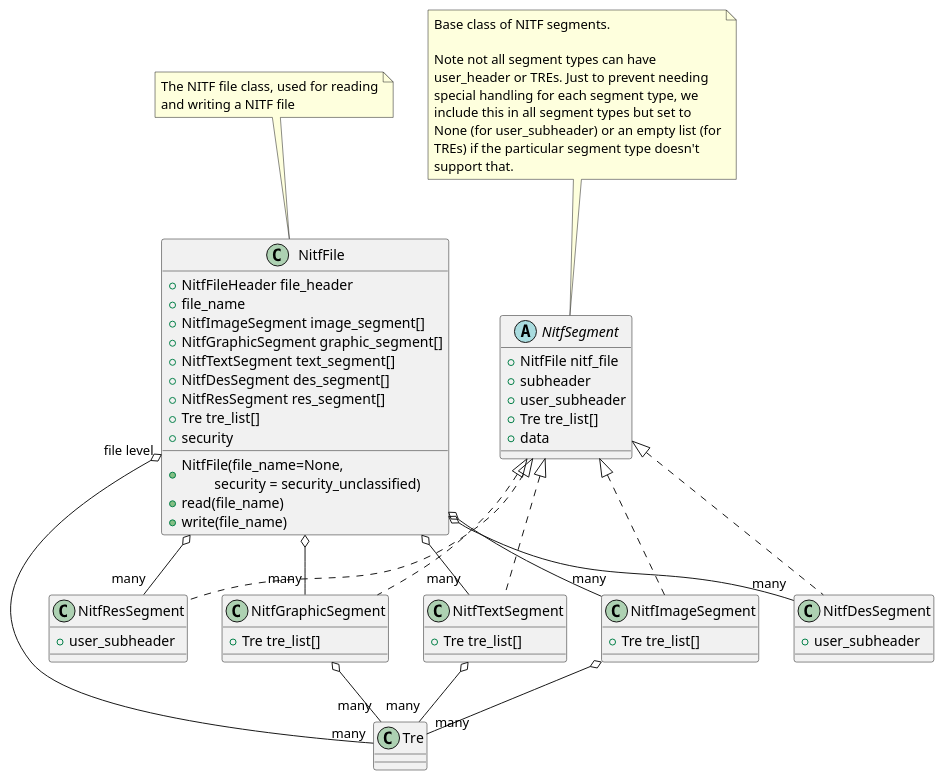
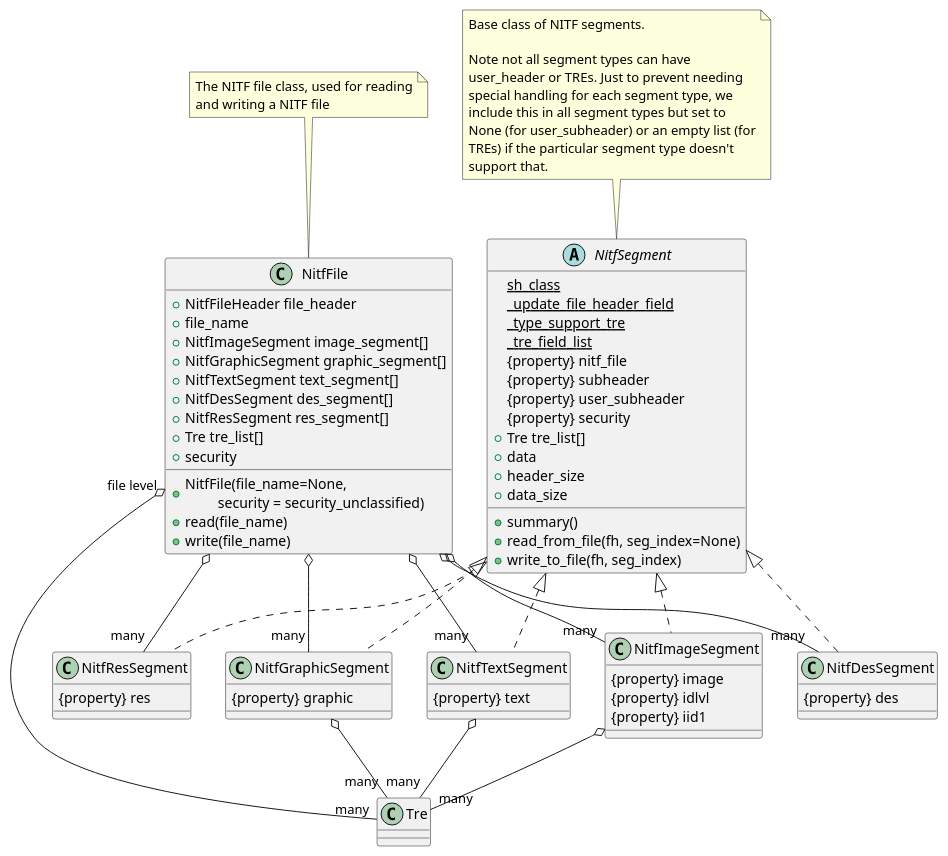
Before and after one commit to Cartography-jpl/pynitf: the first of 6 diagrams in doc/nitf_file.rst, drawn with PlantUML. The commit also changed other lines of this file and 1 other file, not shown here.

```diff
--- a/doc/nitf_file.rst
+++ b/doc/nitf_file.rst
@@ -34,11 +34,21 @@
    end note
 
    abstract class NitfSegment {
-      +NitfFile nitf_file
-      +subheader
-      +user_subheader
+      {static} sh_class
+      {static} _update_file_header_field
+      {static} _type_support_tre
+      {static} _tre_field_list
+      {property} nitf_file
+      {property} subheader
+      {property} user_subheader
+      {property} security
+      +summary()
+      +read_from_file(fh, seg_index=None)
+      +write_to_file(fh, seg_index)
       +Tre tre_list[]
       +data
+      +header_size
+      +data_size
    }
    note top
       Base class of NITF segments.
@@ -53,23 +63,25 @@
    end note
 
    class NitfImageSegment {
-      +Tre tre_list[]
+      {property} image
+      {property} idlvl
+      {property} iid1
    }
 
    class NitfGraphicSegment {
-      +Tre tre_list[]
+      {property} graphic
    }
 
    class NitfTextSegment {
-      +Tre tre_list[]
+      {property} text
    }
 
    class NitfDesSegment {
-       +user_subheader
+      {property} des
    }
 
    class NitfResSegment {
-       +user_subheader
+      {property} res
    }
 
    class Tre
```
